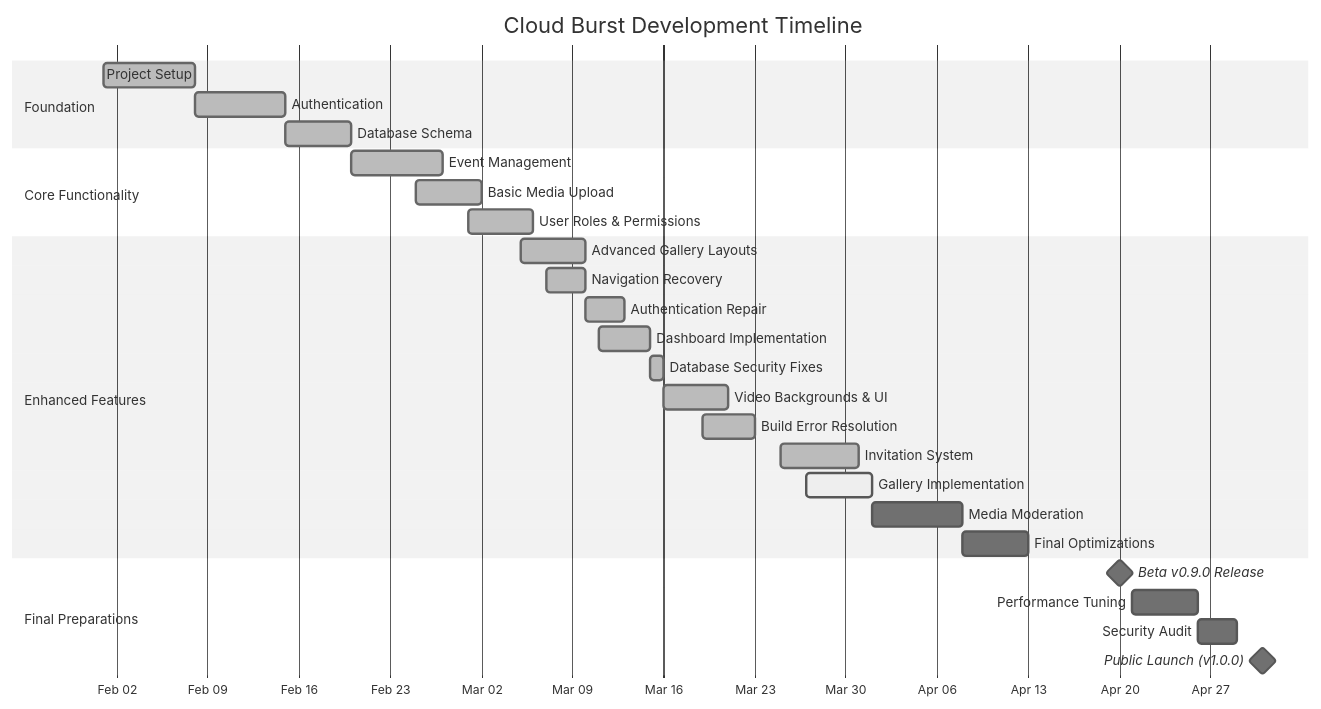
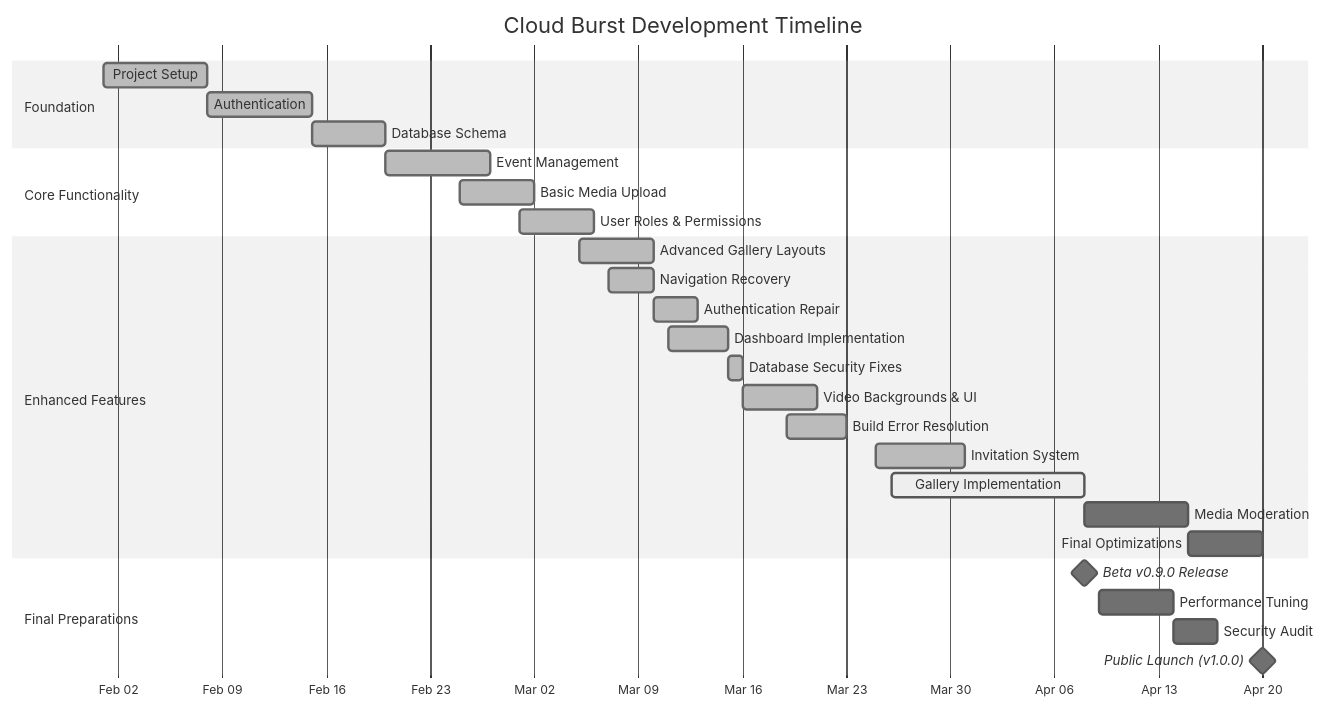
One commit to mrj0nesmtl/cloud-burst changed the first of 2 diagrams in docs/planning/roadmap.md. Above: the diagram before and after it, drawn with Mermaid (neutral theme). The commit also changed other lines of this file and 9 other files, not shown here.

Commit message:
Update documentation for Session 30, update status notes and roadmap, create opening narrative

````diff
--- a/docs/planning/roadmap.md
+++ b/docs/planning/roadmap.md
@@ -132,35 +126,35 @@
 ```mermaid
 gantt
     title Cloud Burst Development Timeline
     dateFormat  YYYY-MM-DD
     axisFormat %b %d
     
     section Foundation
     Project Setup           :done, f1, 2025-02-01, 7d
     Authentication          :done, f2, 2025-02-08, 7d
     Database Schema         :done, f3, 2025-02-15, 5d
     
     section Core Functionality
     Event Management        :done, c1, 2025-02-20, 7d
     Basic Media Upload      :done, c2, 2025-02-25, 5d
     User Roles & Permissions:done, c3, 2025-03-01, 5d
     
     section Enhanced Features
     Advanced Gallery Layouts:done, e1, 2025-03-05, 5d
     Navigation Recovery     :done, e2, 2025-03-07, 3d
     Authentication Repair   :done, e3, 2025-03-10, 3d
     Dashboard Implementation:done, e4, 2025-03-11, 4d
     Database Security Fixes :done, e5, 2025-03-15, 1d
     Video Backgrounds & UI  :done, e6, 2025-03-16, 5d
     Build Error Resolution  :done, e7, 2025-03-19, 4d
     Invitation System       :done, e8, 2025-03-25, 6d
-    Gallery Implementation  :active, e9, 2025-03-27, 5d
-    Media Moderation        :e10, 2025-04-01, 7d
-    Final Optimizations     :e11, 2025-04-08, 5d
+    Gallery Implementation  :active, e9, 2025-03-26, 13d
+    Media Moderation        :e10, 2025-04-08, 7d
+    Final Optimizations     :e11, 2025-04-15, 5d
     
     section Final Preparations
-    Beta v0.9.0 Release     :milestone, b1, 2025-04-20, 0d
-    Performance Tuning      :o1, 2025-04-21, 5d
-    Security Audit          :o2, 2025-04-26, 3d
-    Public Launch (v1.0.0)  :milestone, l3, 2025-05-01, 0d
+    Beta v0.9.0 Release     :milestone, b1, 2025-04-08, 0d
+    Performance Tuning      :o1, 2025-04-09, 5d
+    Security Audit          :o2, 2025-04-14, 3d
+    Public Launch (v1.0.0)  :milestone, l3, 2025-04-20, 0d
 ```
````
